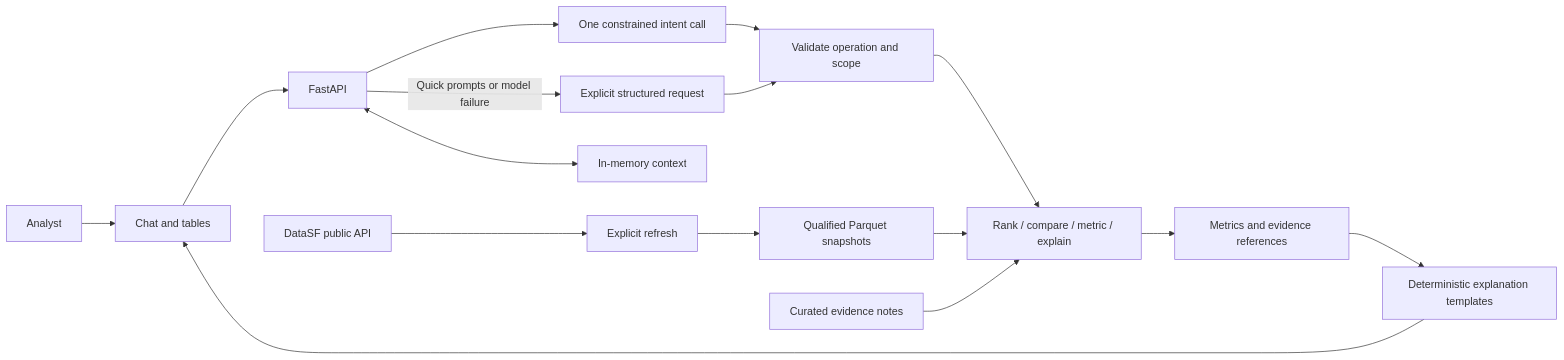
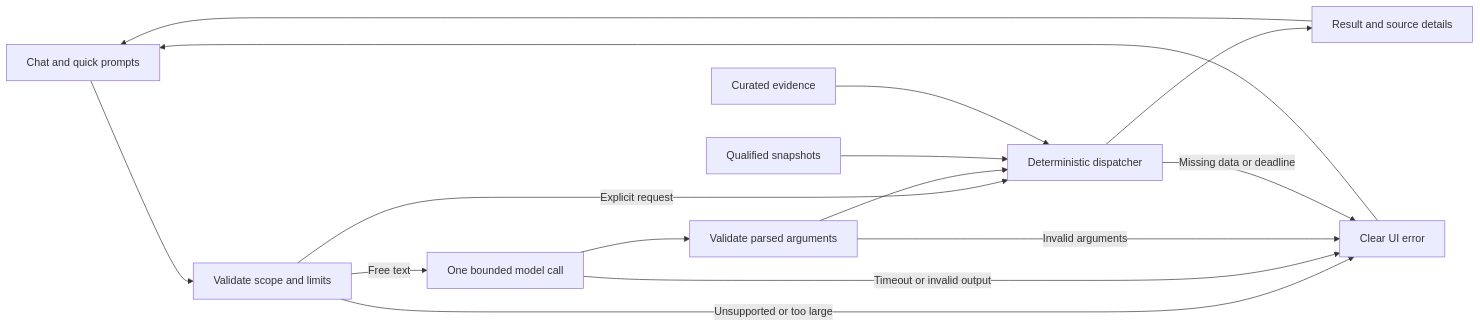
One commit to Bar-Bettash/deloitte-home-assignment changed the diagram in README.md. Above: the diagram before and after it, drawn with Mermaid. The commit also changed other lines of this file and 3 other files, not shown here.

````diff
--- a/README.md
+++ b/README.md
@@ -36,18 +29,17 @@
 ```mermaid
 flowchart LR
-    User[Analyst] --> UI[Chat and tables]
-    UI --> API[FastAPI]
-    API --> Intent[One constrained intent call]
-    Intent --> Validate[Validate operation and scope]
-    API -->|Quick prompts or model failure| Explicit[Explicit structured request]
-    Explicit --> Validate
-    Validate --> Calc[Rank / compare / metric / explain]
-    Data[Qualified Parquet snapshots] --> Calc
-    Notes[Curated evidence notes] --> Calc
-    Calc --> Result[Metrics and evidence references]
-    Result --> Render[Deterministic explanation templates]
-    Render --> UI
-    API <--> Session[In-memory context]
-    Public[DataSF public API] --> Refresh[Explicit refresh]
-    Refresh --> Data
+    UI[Chat and quick prompts] --> V[Validate scope and limits]
+    V -->|Explicit request| D[Deterministic dispatcher]
+    V -->|Free text| M[One bounded model call]
+    M --> A[Validate parsed arguments]
+    A --> D
+    S[Qualified snapshots] --> D
+    E[Curated evidence] --> D
+    D --> R[Result and source details]
+    R --> UI
+    V -->|Unsupported or too large| X[Clear UI error]
+    M -->|Timeout or invalid output| X
+    A -->|Invalid arguments| X
+    D -->|Missing data or deadline| X
+    X --> UI
 ```
````
